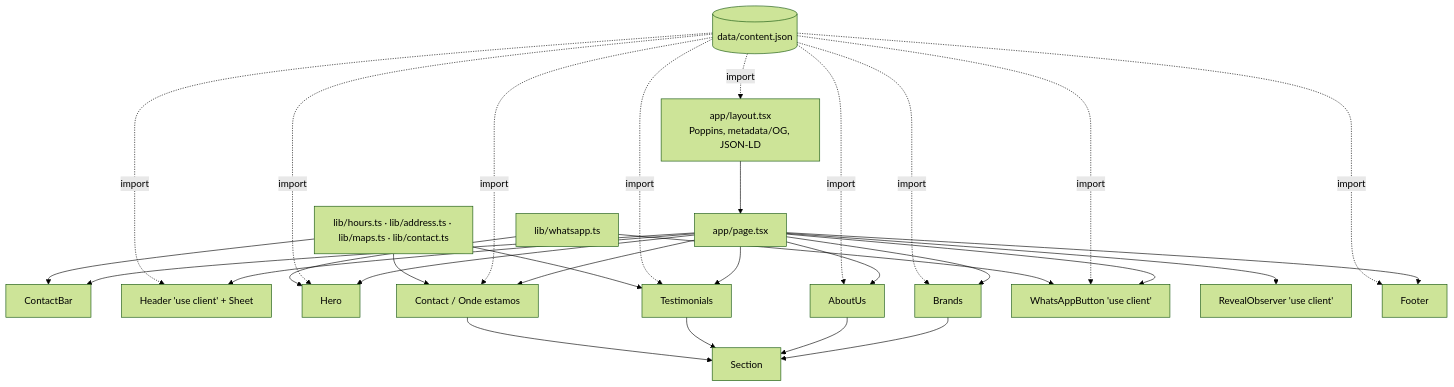
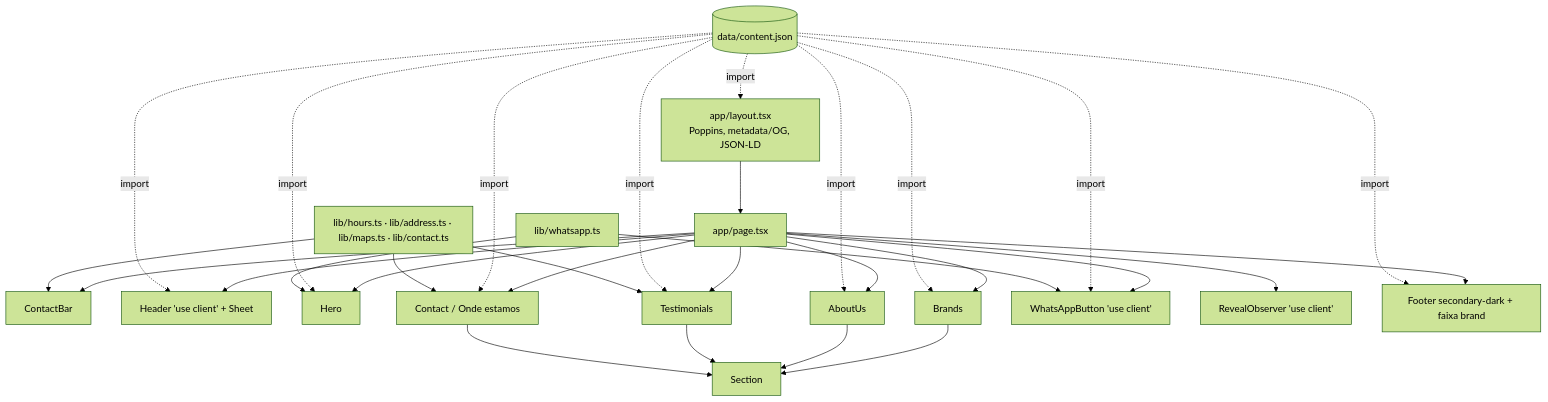
The diagram in .specs/codebase/ARCHITECTURE.md (Lima08/Galmar), drawn with Mermaid (forest theme) before and after one commit. The commit also changed 3 other files, not shown here.

````diff
--- a/.specs/codebase/ARCHITECTURE.md
+++ b/.specs/codebase/ARCHITECTURE.md
@@ -7,18 +7,18 @@
 ```mermaid
 graph TD
   L[app/layout.tsx<br/>Poppins, metadata/OG, JSON-LD] --> P[app/page.tsx]
   P --> CB[ContactBar]
   P --> H[Header 'use client' + Sheet]
   P --> Hero
   P --> Brands
   P --> AboutUs
   P --> Testimonials
   P --> C[Contact / Onde estamos]
   P --> W[WhatsAppButton 'use client']
   P --> R[RevealObserver 'use client']
   Brands & AboutUs & Testimonials & C --> S[Section]
-  P --> F[Footer]
+  P --> F[Footer secondary-dark + faixa brand]
   JSON[(data/content.json)] -.import.-> L & H & Hero & Brands & AboutUs & Testimonials & C & W & F
   WA[lib/whatsapp.ts] --> W & Hero
   LIB[lib/hours.ts · lib/address.ts · lib/maps.ts · lib/contact.ts] --> C & Testimonials & CB
 ```
````
